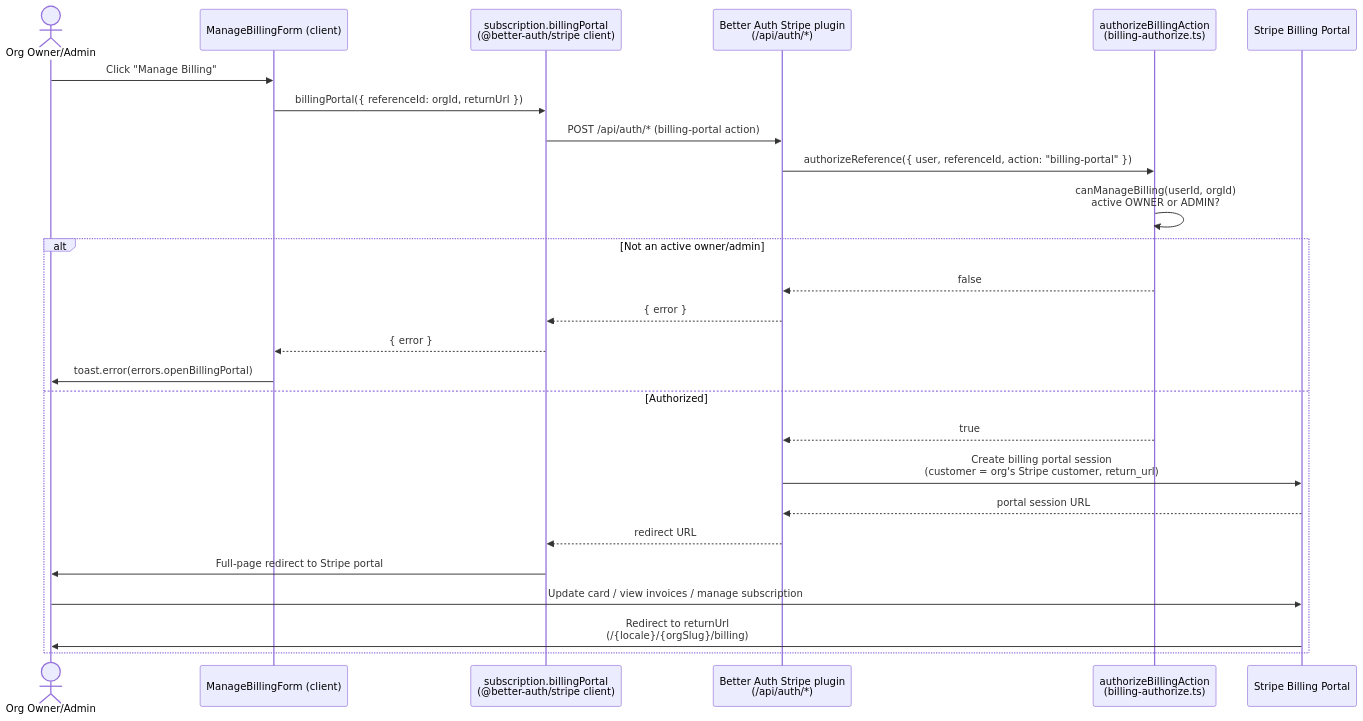
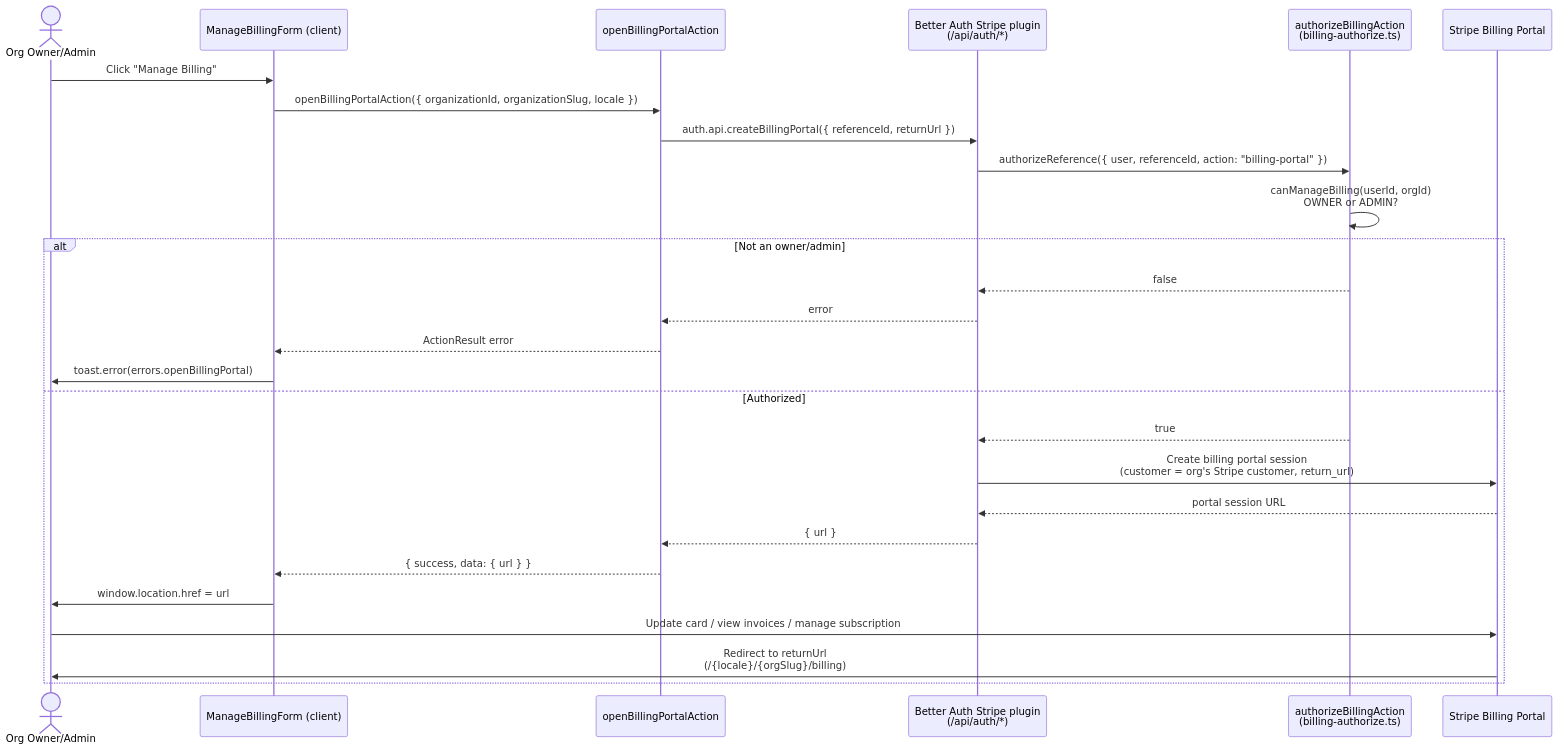
The diagram in docs/content/docs/payment/billing-portal.mdx (saasprokit-com/saasprokit), drawn with Mermaid before and after one commit. The commit also changed other lines of this file and 47 other files, not shown here.

````diff
--- a/docs/content/docs/payment/billing-portal.mdx
+++ b/docs/content/docs/payment/billing-portal.mdx
@@ -51,29 +51,30 @@
 ```mermaid
 sequenceDiagram
     actor User as Org Owner/Admin
     participant Form as ManageBillingForm (client)
-    participant Client as subscription.billingPortal<br/>(@better-auth/stripe client)
+    participant SA as openBillingPortalAction
     participant BA as Better Auth Stripe plugin<br/>(/api/auth/*)
     participant Authz as authorizeBillingAction<br/>(billing-authorize.ts)
     participant Stripe as Stripe Billing Portal
 
     User->>Form: Click "Manage Billing"
-    Form->>Client: billingPortal({ referenceId: orgId, returnUrl })
-    Client->>BA: POST /api/auth/* (billing-portal action)
+    Form->>SA: openBillingPortalAction({ organizationId, organizationSlug, locale })
+    SA->>BA: auth.api.createBillingPortal({ referenceId, returnUrl })
     BA->>Authz: authorizeReference({ user, referenceId, action: "billing-portal" })
-    Authz->>Authz: canManageBilling(userId, orgId)<br/>active OWNER or ADMIN?
-    alt Not an active owner/admin
+    Authz->>Authz: canManageBilling(userId, orgId)<br/>OWNER or ADMIN?
+    alt Not an owner/admin
         Authz-->>BA: false
-        BA-->>Client: { error }
-        Client-->>Form: { error }
+        BA-->>SA: error
+        SA-->>Form: ActionResult error
         Form->>User: toast.error(errors.openBillingPortal)
     else Authorized
         Authz-->>BA: true
         BA->>Stripe: Create billing portal session<br/>(customer = org's Stripe customer, return_url)
         Stripe-->>BA: portal session URL
-        BA-->>Client: redirect URL
-        Client->>User: Full-page redirect to Stripe portal
+        BA-->>SA: { url }
+        SA-->>Form: { success, data: { url } }
+        Form->>User: window.location.href = url
         User->>Stripe: Update card / view invoices / manage subscription
         Stripe->>User: Redirect to returnUrl<br/>(/{locale}/{orgSlug}/billing)
     end
 ```
````
